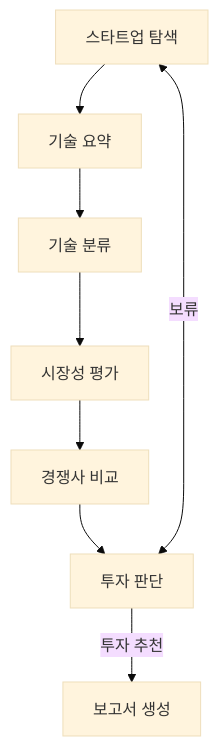
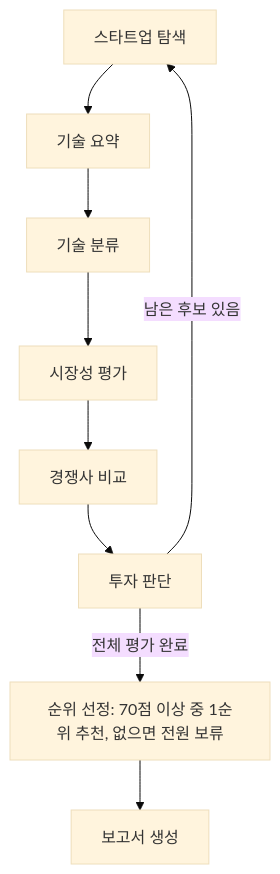
One commit to SKALA-ULSAN-4-3/AI-RAG changed the diagram in docs/graph.mmd. Above: the diagram before and after it, drawn with Mermaid (base theme). The commit also changed 10 other files, not shown here.

```diff
--- a/docs/graph.mmd
+++ b/docs/graph.mmd
@@ -1,8 +1,9 @@
 graph TD
     A[스타트업 탐색] --> B[기술 요약]
     B --> C[기술 분류]
     C --> D[시장성 평가]
     D --> E[경쟁사 비교]
     E --> F[투자 판단]
-    F -->|투자 추천| G[보고서 생성]
-    A <-->|보류| F
+    F -->|남은 후보 있음| A
+    F -->|전체 평가 완료| H[순위 선정: 70점 이상 중 1순위 추천, 없으면 전원 보류]
+    H --> G[보고서 생성]
```
